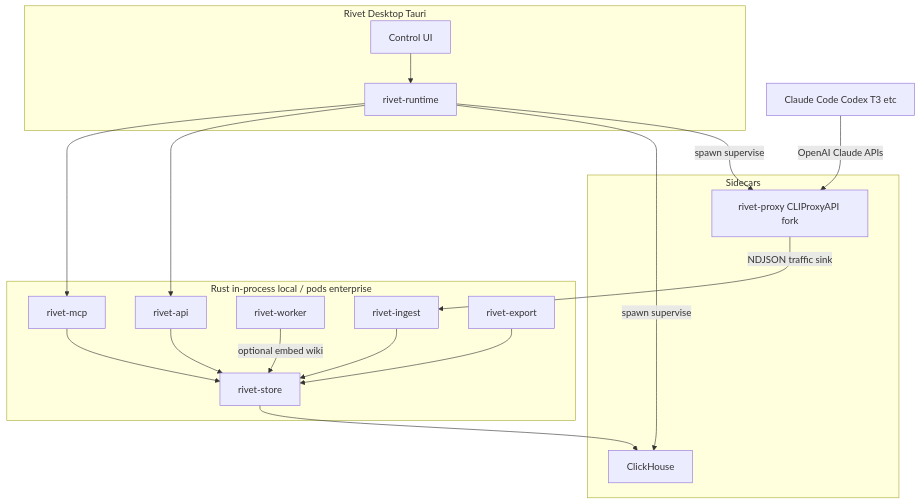
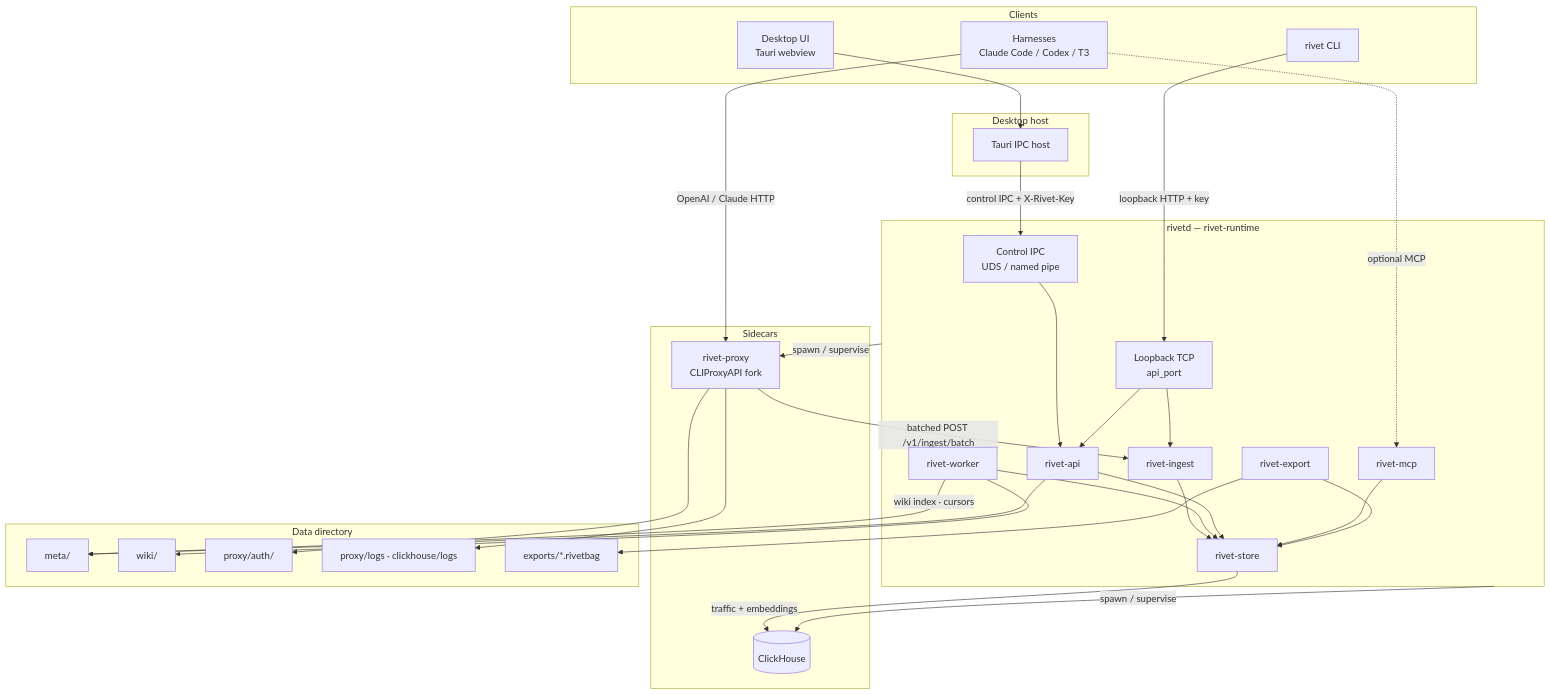
One commit to Rivethub/ExperimentOne changed the first of 13 diagrams in docs/architecture.md. Above: the diagram before and after it, drawn with Mermaid. The commit also changed other lines of this file and 5 other files, not shown here.

Commit message:
feat(proxy): Batch Rivet traffic ingest asynchronously (#26)

````diff
--- a/docs/architecture.md
+++ b/docs/architecture.md
@@ -18,35 +27,62 @@
 ```mermaid
 flowchart TB
-  subgraph desktop [Rivet Desktop Tauri]
-    UI[Control UI]
-    Runtime[rivet-runtime]
+  subgraph clients [Clients]
+    Harness[Harnesses<br/>Claude Code / Codex / T3]
+    UI[Desktop UI<br/>Tauri webview]
+    CLI[rivet CLI]
   end
 
-  subgraph sidecars [Sidecars]
-    Proxy[rivet-proxy CLIProxyAPI fork]
-    CH[ClickHouse]
+  subgraph host [Desktop host]
+    Tauri[Tauri IPC host]
   end
 
-  subgraph rust [Rust in-process local / pods enterprise]
+  subgraph rivetd [rivetd — rivet-runtime]
+    CtrlIPC[Control IPC<br/>UDS / named pipe]
+    TCP[Loopback TCP<br/>api_port]
     API[rivet-api]
     Ingest[rivet-ingest]
     Store[rivet-store]
     Worker[rivet-worker]
     MCP[rivet-mcp]
     Export[rivet-export]
   end
 
-  Harness[Claude Code Codex T3 etc] -->|OpenAI Claude APIs| Proxy
-  Proxy -->|NDJSON traffic sink| Ingest
+  subgraph sidecars [Sidecars]
+    Proxy[rivet-proxy<br/>CLIProxyAPI fork]
+    CH[(ClickHouse)]
+  end
+
+  subgraph disk [Data directory]
+    Meta[meta/]
+    WikiFS[wiki/]
+    Auth[proxy/auth/]
+    Logs[proxy/logs · clickhouse/logs]
+    Bags[exports/*.rivetbag]
+  end
+
+  Harness -->|OpenAI / Claude HTTP| Proxy
+  Proxy -->|batched POST /v1/ingest/batch| Ingest
   Ingest --> Store
-  Store --> CH
-  Worker -->|optional embed wiki| Store
+  Worker --> Store
+  Worker -->|wiki index · cursors| Meta
+  Worker --> WikiFS
+  Store -->|traffic + embeddings| CH
   API --> Store
+  API --> Meta
   MCP --> Store
   Export --> Store
-  UI --> Runtime
-  Runtime -->|spawn supervise| Proxy
-  Runtime -->|spawn supervise| CH
-  Runtime --> API
-  Runtime --> MCP
+  Export --> Bags
+
+  UI --> Tauri
+  Tauri -->|control IPC + X-Rivet-Key| CtrlIPC
+  CtrlIPC --> API
+  CLI -->|loopback HTTP + key| TCP
+  TCP --> API
+  TCP --> Ingest
+
+  rivetd -->|spawn / supervise| Proxy
+  rivetd -->|spawn / supervise| CH
+  Proxy --> Auth
+  Proxy --> Logs
+  Harness -.->|optional MCP| MCP
 ```
````
